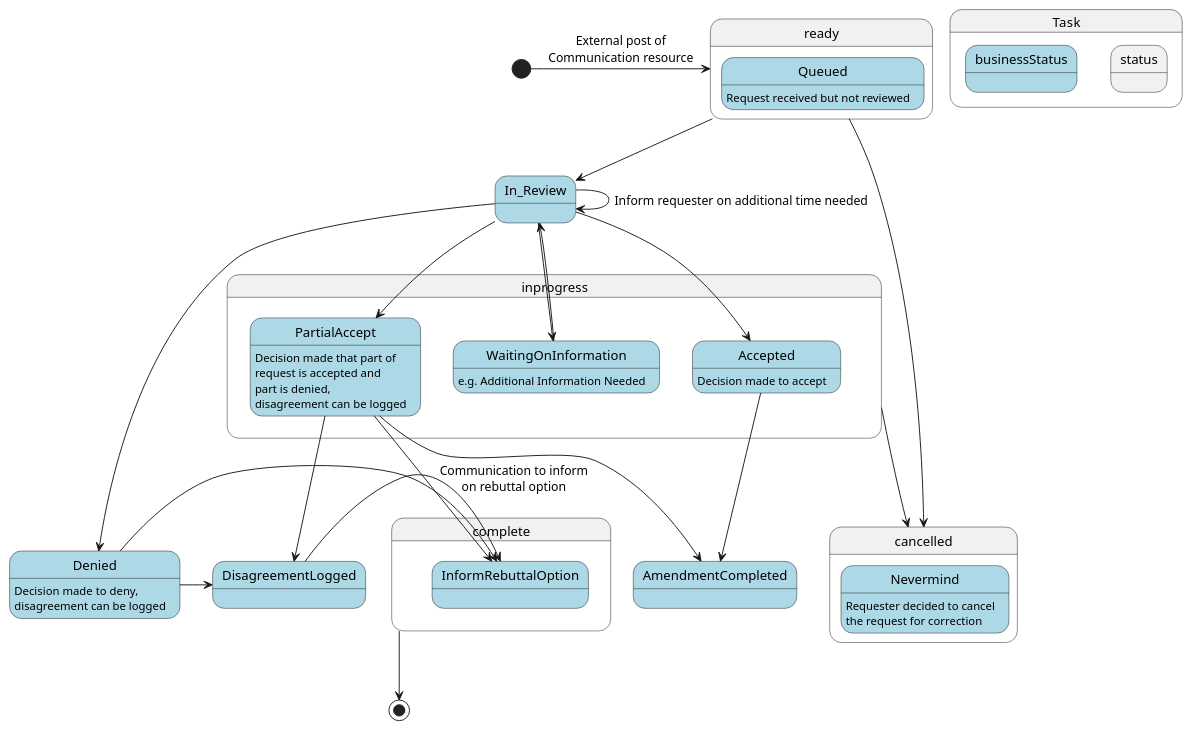
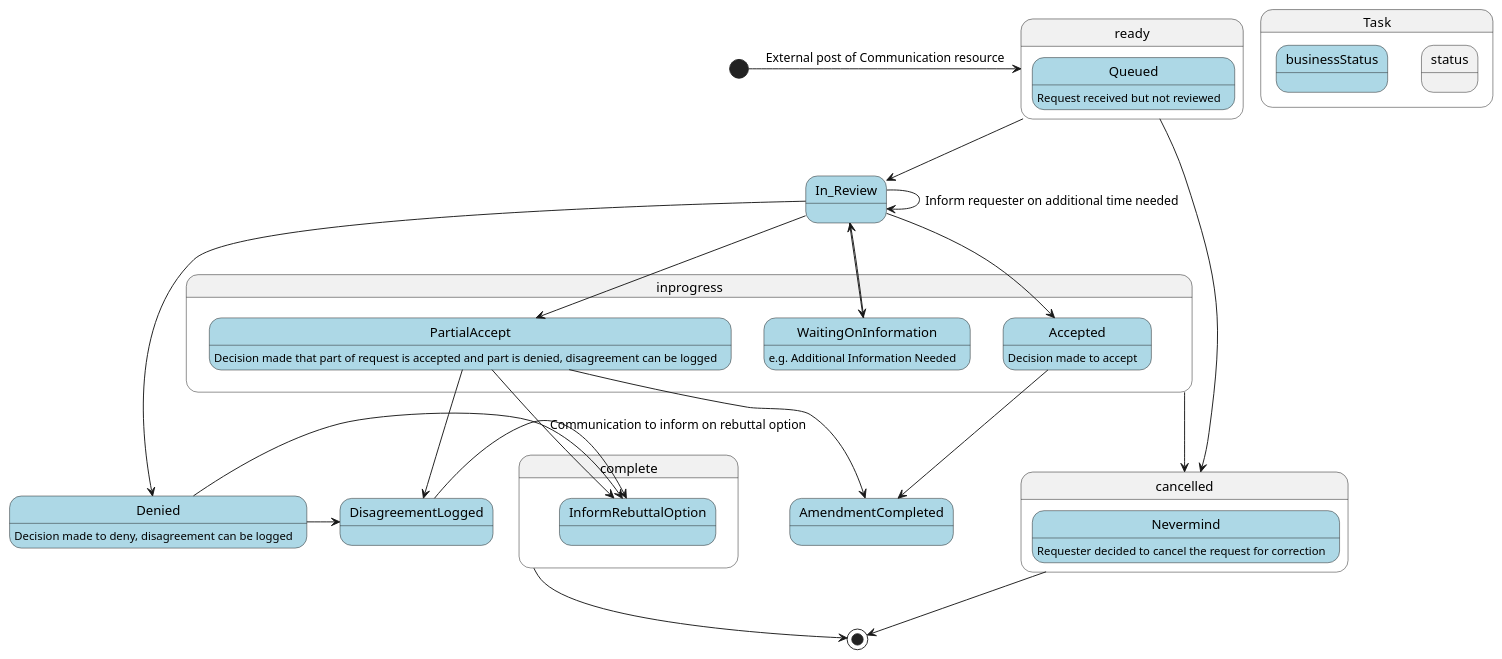
One commit to HL7/fhir-patient-correction changed the diagram in input/images-source/state-diagram.plantuml. Above: the diagram before and after it, drawn with PlantUML.

Commit message:
fixes to state diagram

```diff
--- a/input/images-source/state-diagram.plantuml
+++ b/input/images-source/state-diagram.plantuml
@@ -1,62 +1,64 @@
 @startuml
-[*] -> ready: External post of\nCommunication resource
+skinparam svgDimensionStyle false
+[*] -> ready: External post of Communication resource
 state ready {
   state Queued #lightblue {
   }
 }
 ready --> In_Review
 Queued : Request received but not reviewed
 
 state inprogress {
   state In_Review #lightblue{
   }
   state WaitingOnInformation #lightblue{
   }
   state Accepted #lightblue{
   }
   state PartialAccept #lightblue{
   }
 }
 In_Review --> WaitingOnInformation
 In_Review --> Accepted
 In_Review --> PartialAccept
 In_Review --> In_Review: Inform requester on additional time needed
 WaitingOnInformation --> In_Review
 In_Review --> Denied
 PartialAccept --> AmendmentCompleted
 PartialAccept --> DisagreementLogged
 Accepted --> AmendmentCompleted
 Denied -> DisagreementLogged
 WaitingOnInformation : e.g. Additional Information Needed
 Accepted : Decision made to accept
-PartialAccept : Decision made that part of\nrequest is accepted and\npart is denied,\ndisagreement can be logged
-Denied : Decision made to deny,\ndisagreement can be logged
+PartialAccept : Decision made that part of request is accepted and part is denied, disagreement can be logged
+Denied : Decision made to deny, disagreement can be logged
 
 state cancelled {
   state Nevermind #lightblue {
   }
 }
+cancelled --> [*]
 ready --> cancelled
 inprogress --> cancelled
-Nevermind : Requester decided to cancel\nthe request for correction
+Nevermind : Requester decided to cancel the request for correction
 
 state complete {
  state AmendmentCompleted #lightblue{
  }
  state DisagreementLogged #lightblue{
  }
  state Denied #lightblue{
  }
  state InformRebuttalOption #lightblue{
  }
 }
 DisagreementLogged -> InformRebuttalOption
 Denied -> InformRebuttalOption
-PartialAccept -> InformRebuttalOption: Communication to inform\non rebuttal option
+PartialAccept -> InformRebuttalOption: Communication to inform on rebuttal option
 complete --> [*]
 
 state Task.status{
 }
 state Task.businessStatus #lightblue {
 }
 @enduml
```
